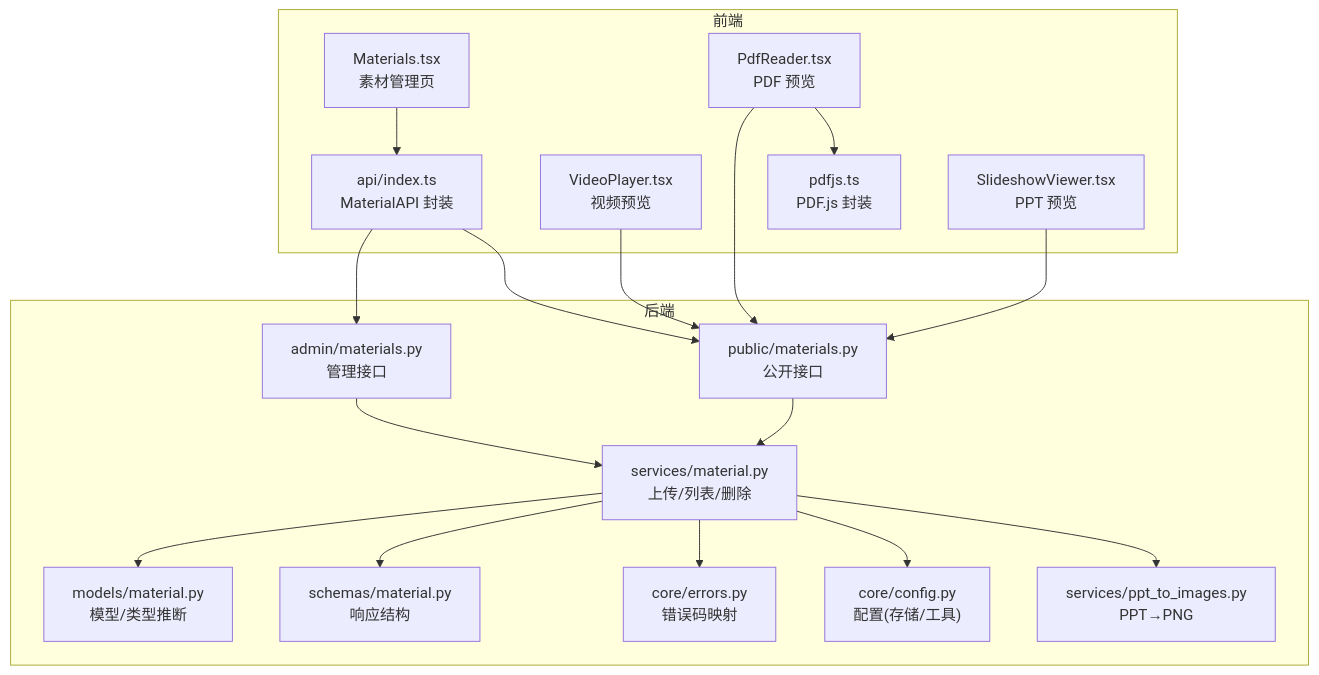
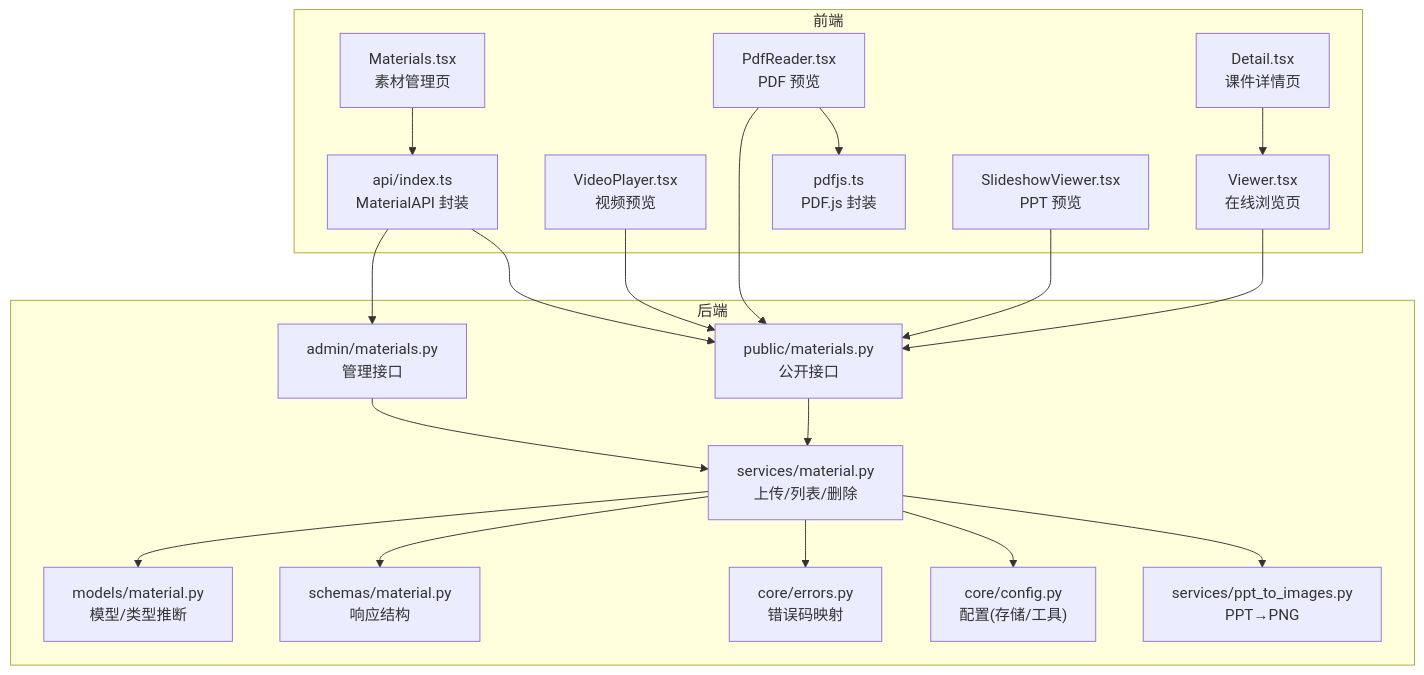
The first of 7 diagrams in .qoder/repowiki/zh/content/前端开发指南/页面开发/管理后台页面开发/素材管理页面.md (leo21cn/ai-learning-hub), drawn with Mermaid before and after one commit. The commit also changed other lines of this file and 41 other files, not shown here.

````diff
--- a/.qoder/repowiki/zh/content/前端开发指南/页面开发/管理后台页面开发/素材管理页面.md
+++ b/.qoder/repowiki/zh/content/前端开发指南/页面开发/管理后台页面开发/素材管理页面.md
@@ -45,35 +56,39 @@
 ```mermaid
 graph TB
 subgraph "前端"
 A["Materials.tsx<br/>素材管理页"]
 B["api/index.ts<br/>MaterialAPI 封装"]
 C["VideoPlayer.tsx<br/>视频预览"]
 D["PdfReader.tsx<br/>PDF 预览"]
 E["SlideshowViewer.tsx<br/>PPT 预览"]
 F["pdfjs.ts<br/>PDF.js 封装"]
+G["Detail.tsx<br/>课件详情页"]
+H["Viewer.tsx<br/>在线浏览页"]
 end
 subgraph "后端"
-G["admin/materials.py<br/>管理接口"]
-H["public/materials.py<br/>公开接口"]
-I["services/material.py<br/>上传/列表/删除"]
-J["models/material.py<br/>模型/类型推断"]
-K["schemas/material.py<br/>响应结构"]
-L["core/errors.py<br/>错误码映射"]
-M["core/config.py<br/>配置(存储/工具)"]
-N["services/ppt_to_images.py<br/>PPT→PNG"]
+I["admin/materials.py<br/>管理接口"]
+J["public/materials.py<br/>公开接口"]
+K["services/material.py<br/>上传/列表/删除"]
+L["models/material.py<br/>模型/类型推断"]
+M["schemas/material.py<br/>响应结构"]
+N["core/errors.py<br/>错误码映射"]
+O["core/config.py<br/>配置(存储/工具)"]
+P["services/ppt_to_images.py<br/>PPT→PNG"]
 end
 A --> B
-B --> G
-B --> H
-G --> I
-H --> I
-I --> J
+B --> I
+B --> J
 I --> K
-I --> L
-I --> M
-I --> N
-C --> H
-D --> H
-E --> H
+J --> K
+K --> L
+K --> M
+K --> N
+K --> O
+K --> P
+C --> J
+D --> J
+E --> J
 D --> F
+G --> H
+H --> J
 ```
````
